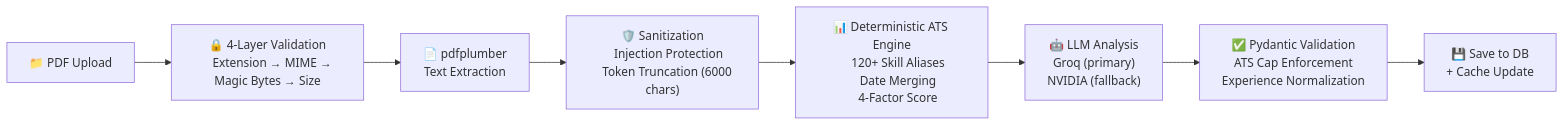
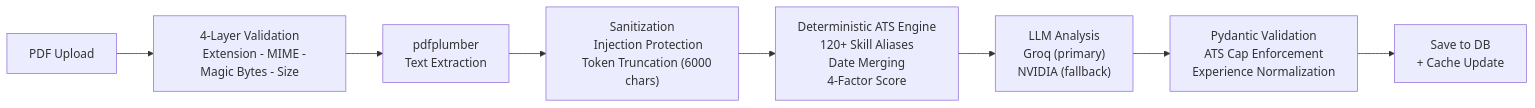
Before and after one commit to Anil-Pradhan-web/ai-career-mentor: the fourth of 12 diagrams in README.md, drawn with Mermaid. The commit also changed other lines of this file and 2 other files, not shown here.

Commit message:
docs: add high-resolution system architecture diagram image to README.md and ARCHITECTURE.md

````diff
--- a/README.md
+++ b/README.md
@@ -239,22 +239,22 @@
 ```mermaid
 flowchart LR
-    A["📁 PDF Upload"] --> B["🔒 4-Layer Validation
-    Extension → MIME → Magic Bytes → Size"]
-    B --> C["📄 pdfplumber
+    A["PDF Upload"] --> B["4-Layer Validation
+    Extension - MIME - Magic Bytes - Size"]
+    B --> C["pdfplumber
     Text Extraction"]
-    C --> D["🛡️ Sanitization
+    C --> D["Sanitization
     Injection Protection
     Token Truncation (6000 chars)"]
-    D --> E["📊 Deterministic ATS Engine
+    D --> E["Deterministic ATS Engine
     120+ Skill Aliases
     Date Merging
     4-Factor Score"]
-    E --> F["🤖 LLM Analysis
+    E --> F["LLM Analysis
     Groq (primary)
     NVIDIA (fallback)"]
-    F --> G["✅ Pydantic Validation
+    F --> G["Pydantic Validation
     ATS Cap Enforcement
     Experience Normalization"]
-    G --> H["💾 Save to DB
+    G --> H["Save to DB
     + Cache Update"]
 ```
````
